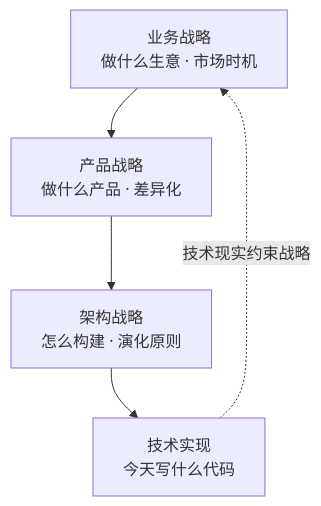
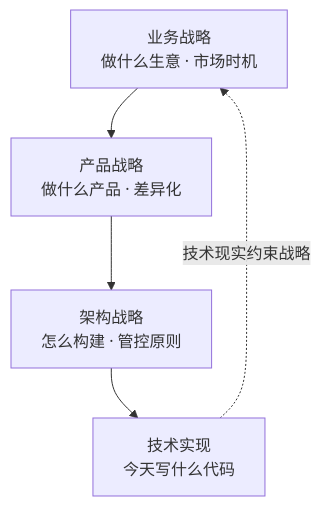
Diagram 11 of 13 in 100-subprojects/01-系统工程研究/00-系统工程相关研究报告/12-工程师与架构师能力研究报告-从工程师到CTO.md (Yongjunzhou/AOS-system-design), drawn with Mermaid before and after one commit. The commit also changed other lines of this file and 177 other files, not shown here.

````diff
--- a/100-subprojects/01-系统工程研究/00-系统工程相关研究报告/12-工程师与架构师能力研究报告-从工程师到CTO.md
+++ b/100-subprojects/01-系统工程研究/00-系统工程相关研究报告/12-工程师与架构师能力研究报告-从工程师到CTO.md
@@ -606,7 +608,7 @@
 ```mermaid
 flowchart TD
     BZ["业务战略<br/>做什么生意 · 市场时机"] --> CP["产品战略<br/>做什么产品 · 差异化"]
-    CP --> A["架构战略<br/>怎么构建 · 演化原则"]
+    CP --> A["架构战略<br/>怎么构建 · 管控原则"]
     A --> I["技术实现<br/>今天写什么代码"]
     I -.技术现实约束战略.-> BZ
 ```
````
